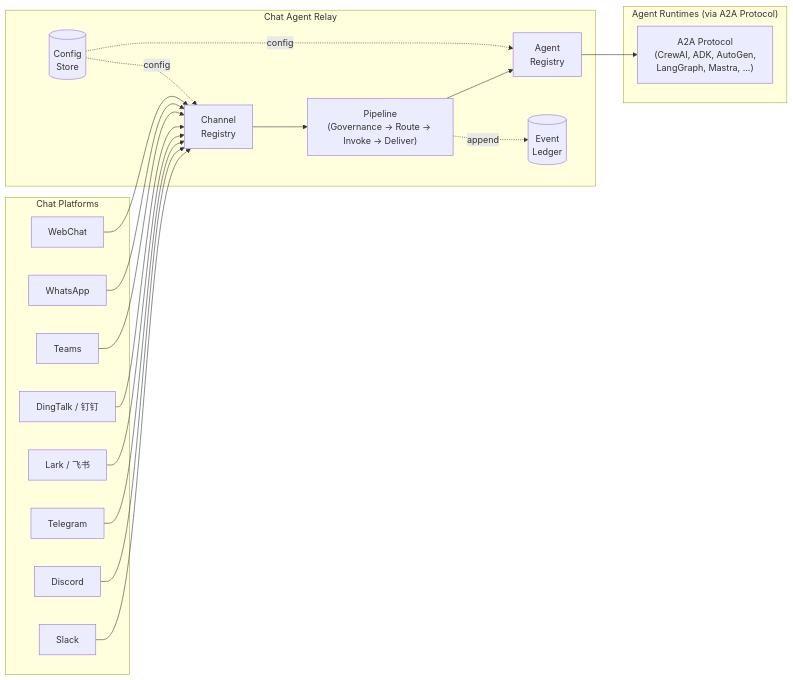
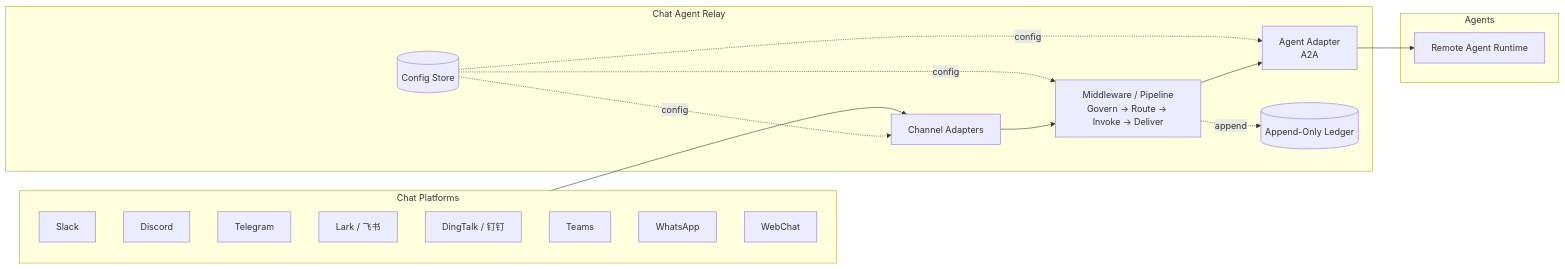
The first of 4 diagrams in docs/architecture.md (ChatAgentRelay/ChatAgentRelay), drawn with Mermaid before and after one commit. The commit also changed other lines of this file and 30 other files, not shown here.

First line of the commit message:
docs: align relay positioning and architecture specs

````diff
--- a/docs/architecture.md
+++ b/docs/architecture.md
@@ -32,32 +39,34 @@
 ```mermaid
 flowchart LR
   subgraph Channels["Chat Platforms"]
     S[Slack]
     D[Discord]
     T[Telegram]
     L[Lark / 飞书]
     DT[DingTalk / 钉钉]
     TM[Teams]
     WA[WhatsApp]
-    W[WebChat]
+    WC[WebChat]
   end
 
   subgraph CAR["Chat Agent Relay"]
-    CR["Channel\nRegistry"]
-    PP["Pipeline\n(Governance → Route → Invoke → Deliver)"]
-    AR["Agent\nRegistry"]
-    EL[("Event\nLedger")]
-    CS[("Config\nStore")]
+    CA["Channel Adapters"]
+    MW["Middleware / Pipeline\nGovern → Route → Invoke → Deliver"]
+    AA["Agent Adapter\nA2A"]
+    EL[("Append-Only Ledger")]
+    CFG[("Config Store")]
   end
 
-  subgraph Agents["Agent Runtimes (via A2A Protocol)"]
-    A2A["A2A Protocol\n(CrewAI, ADK, AutoGen,\nLangGraph, Mastra, ...)"]
+  subgraph Agents["Agents"]
+    AG["Remote Agent Runtime"]
   end
 
-  S & D & T & L & DT & TM & WA & W --> CR
-  CR --> PP
-  PP --> AR
-  AR --> A2A
-  PP -.->|append| EL
-  CS -.->|config| CR & AR
+  Channels --> CA
+  CA --> MW
+  MW --> AA
+  AA --> AG
+  MW -. append .-> EL
+  CFG -. config .-> CA
+  CFG -. config .-> MW
+  CFG -. config .-> AA
 ```
````
